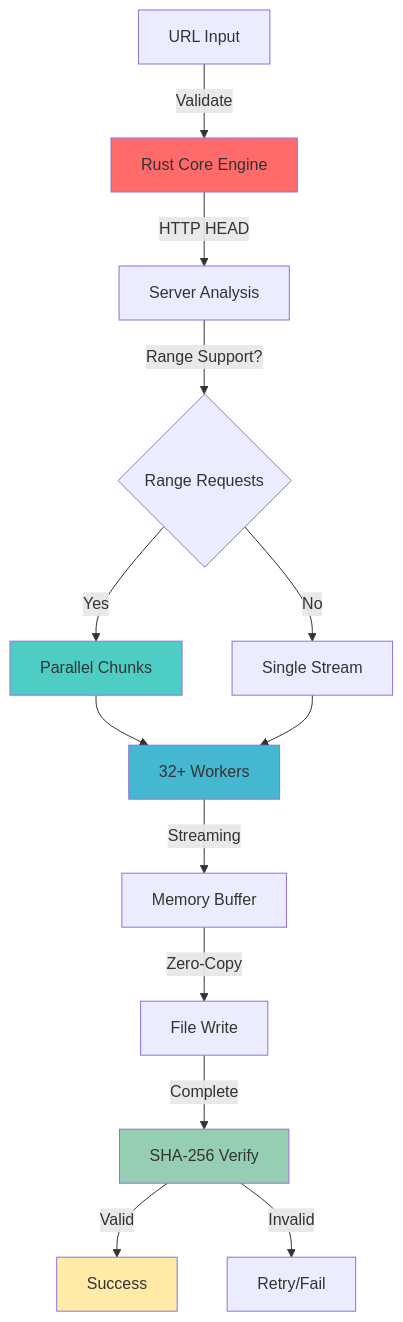
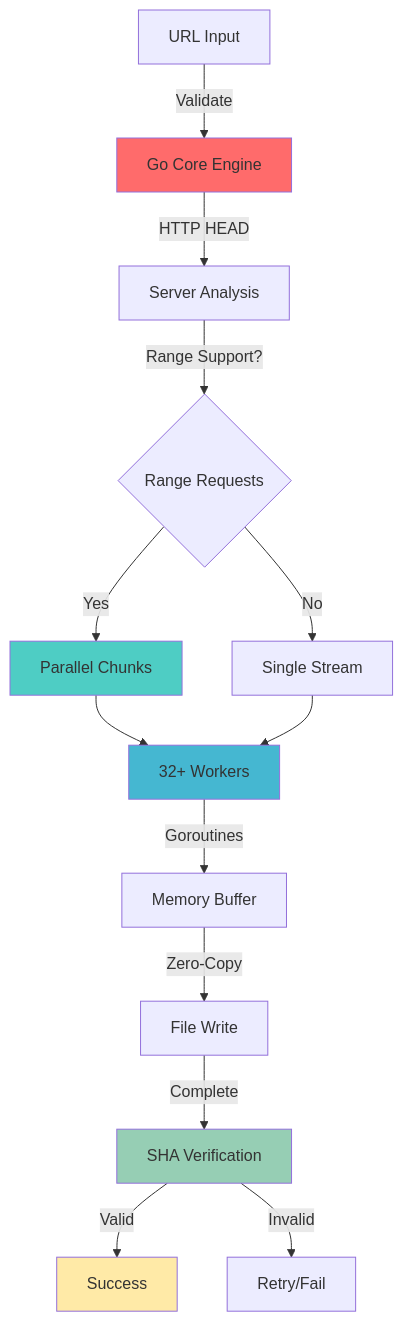
Before and after one commit to 0xb0rn3/fastdl: the diagram in README.md, drawn with Mermaid. The commit also changed other lines of this file, not shown here.

````diff
--- a/README.md
+++ b/README.md
@@ -279,21 +271,21 @@
 ```mermaid
 graph TB
-    A[URL Input] -->|Validate| B[Rust Core Engine]
+    A[URL Input] -->|Validate| B[Go Core Engine]
     B -->|HTTP HEAD| C[Server Analysis]
     C -->|Range Support?| D{Range Requests}
     D -->|Yes| E[Parallel Chunks]
     D -->|No| F[Single Stream]
     E --> G[32+ Workers]
     F --> G
-    G -->|Streaming| H[Memory Buffer]
+    G -->|Goroutines| H[Memory Buffer]
     H -->|Zero-Copy| I[File Write]
-    I -->|Complete| J[SHA-256 Verify]
+    I -->|Complete| J[SHA Verification]
     J -->|Valid| K[Success]
     J -->|Invalid| L[Retry/Fail]
     
     style B fill:#FF6B6B
     style E fill:#4ECDC4
     style G fill:#45B7D1
     style J fill:#96CEB4
     style K fill:#FFEAA7
 ```
````
